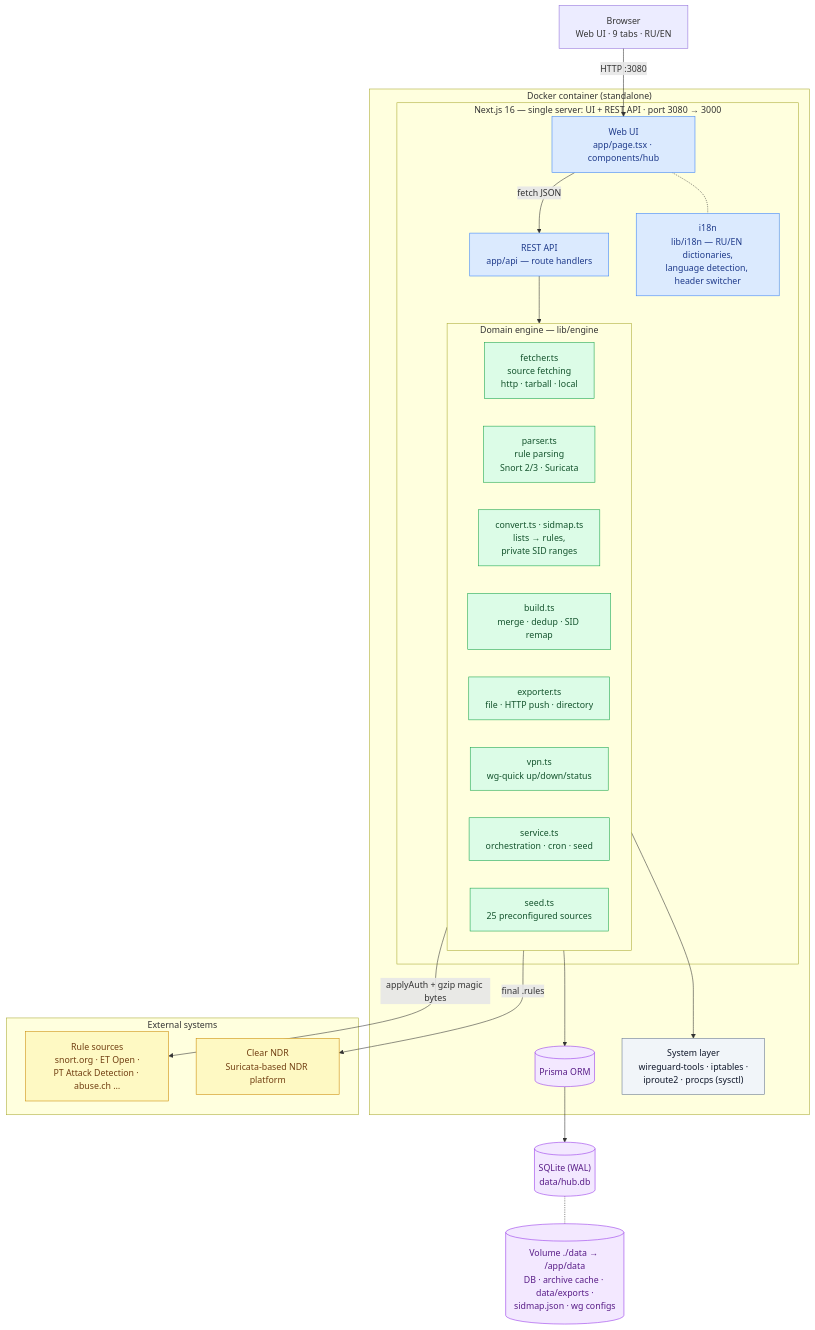
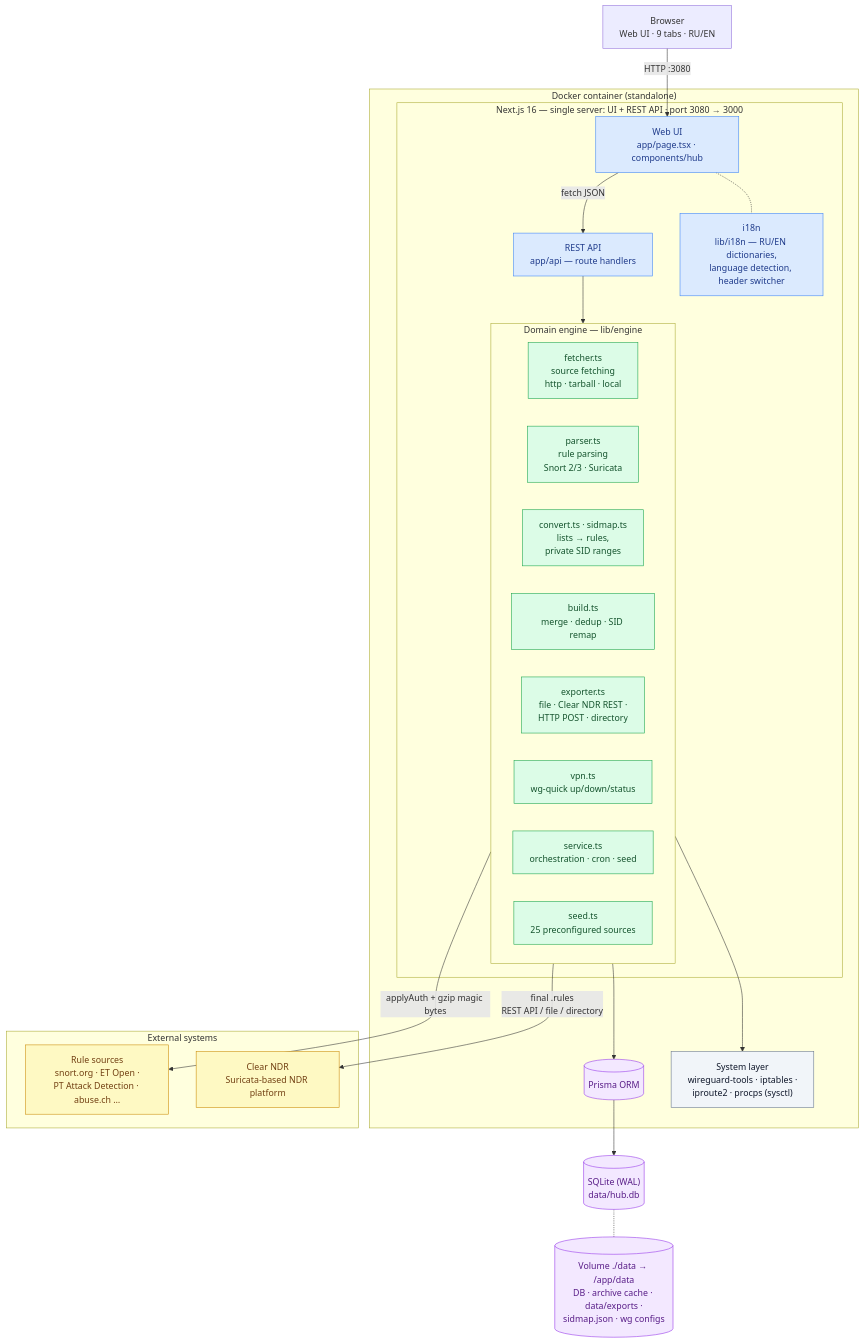
The first of 9 diagrams in architecture.en.md (NoIDXMV6/ndr-rules-hub), drawn with Mermaid before and after one commit. The commit also changed other lines of this file and 5 other files, not shown here.

````diff
--- a/architecture.en.md
+++ b/architecture.en.md
@@ -38,55 +43,55 @@
 ```mermaid
 flowchart TB
     Browser["Browser<br/>Web UI · 9 tabs · RU/EN"]
 
     subgraph DOCKER["Docker container (standalone)"]
         subgraph NEXTJS["Next.js 16 — single server: UI + REST API · port 3080 → 3000"]
             UI["Web UI<br/>app/page.tsx · components/hub"]
             API["REST API<br/>app/api — route handlers"]
             I18N["i18n<br/>lib/i18n — RU/EN dictionaries,<br/>language detection, header switcher"]
             subgraph ENGINE["Domain engine — lib/engine"]
                 direction LR
                 FETCHER["fetcher.ts<br/>source fetching<br/>http · tarball · local"]
                 PARSER["parser.ts<br/>rule parsing<br/>Snort 2/3 · Suricata"]
                 CONVERT["convert.ts · sidmap.ts<br/>lists → rules,<br/>private SID ranges"]
                 BUILDER["build.ts<br/>merge · dedup · SID remap"]
-                EXPORTER["exporter.ts<br/>file · HTTP push · directory"]
+                EXPORTER["exporter.ts<br/>file · Clear NDR REST ·<br/>HTTP POST · directory"]
                 VPN["vpn.ts<br/>wg-quick up/down/status"]
                 SERVICE["service.ts<br/>orchestration · cron · seed"]
                 SEED["seed.ts<br/>25 preconfigured sources"]
             end
         end
         PRISMA[("Prisma ORM")]
         SYSLAYER["System layer<br/>wireguard-tools · iptables ·<br/>iproute2 · procps (sysctl)"]
     end
 
     subgraph EXT["External systems"]
         SOURCES["Rule sources<br/>snort.org · ET Open ·<br/>PT Attack Detection · abuse.ch …"]
         CLEARNDR["Clear NDR<br/>Suricata-based NDR platform"]
     end
 
     DB[("SQLite (WAL)<br/>data/hub.db")]
     VOLUME[("Volume ./data → /app/data<br/>DB · archive cache · data/exports ·<br/>sidmap.json · wg configs")]
 
     Browser -- "HTTP :3080" --> UI
     UI -- "fetch JSON" --> API
     UI -.- I18N
     API --> SERVICE
     FETCHER -- "applyAuth + gzip magic bytes" --> SOURCES
-    EXPORTER -- "final .rules" --> CLEARNDR
+    EXPORTER -- "final .rules<br/>REST API / file / directory" --> CLEARNDR
     VPN --> SYSLAYER
     SERVICE --> PRISMA
     PRISMA --> DB
     DB -.- VOLUME
 
     classDef ui fill:#dbeafe,stroke:#3b82f6,color:#1e3a8a
     classDef engine fill:#dcfce7,stroke:#16a34a,color:#14532d
     classDef ext fill:#fef9c3,stroke:#ca8a04,color:#713f12
     classDef store fill:#f3e8ff,stroke:#9333ea,color:#581c87
     classDef sys fill:#f1f5f9,stroke:#64748b,color:#0f172a
     class UI,API,I18N ui
     class FETCHER,PARSER,CONVERT,BUILDER,EXPORTER,VPN,SERVICE,SEED engine
     class SOURCES,CLEARNDR ext
     class DB,VOLUME,PRISMA store
     class SYSLAYER sys
 ```
````
